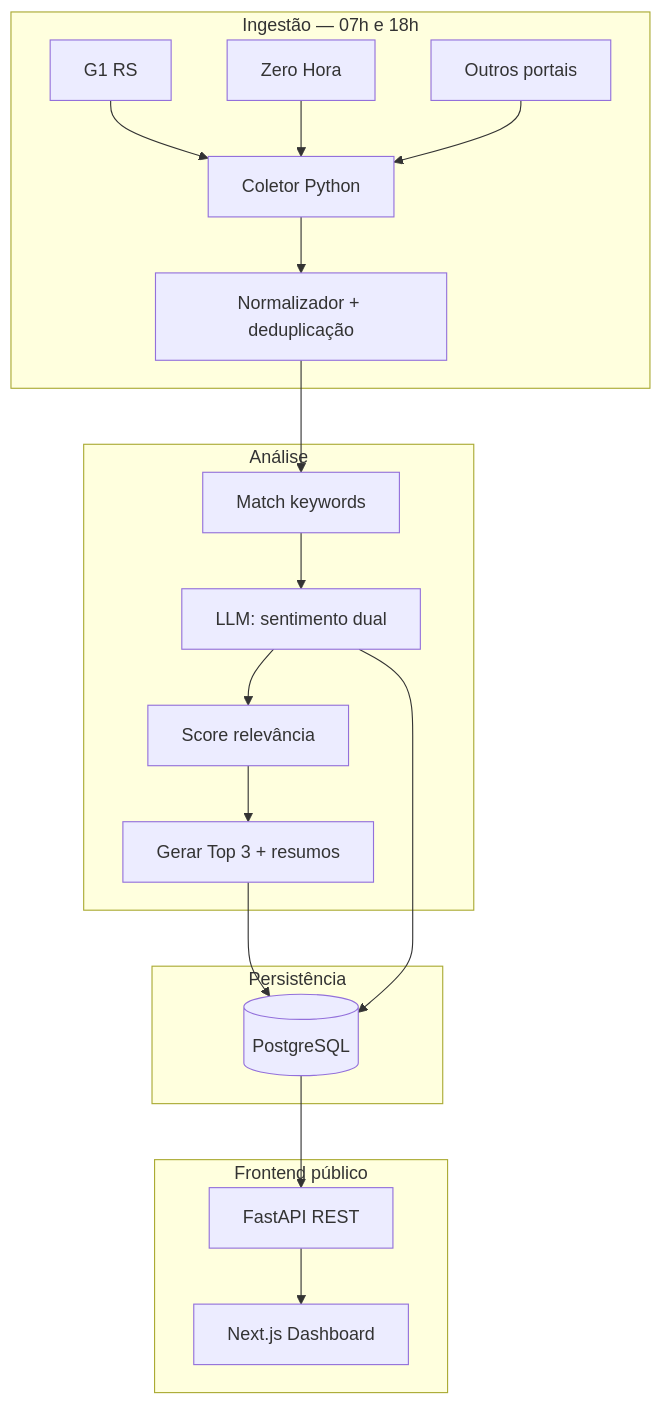
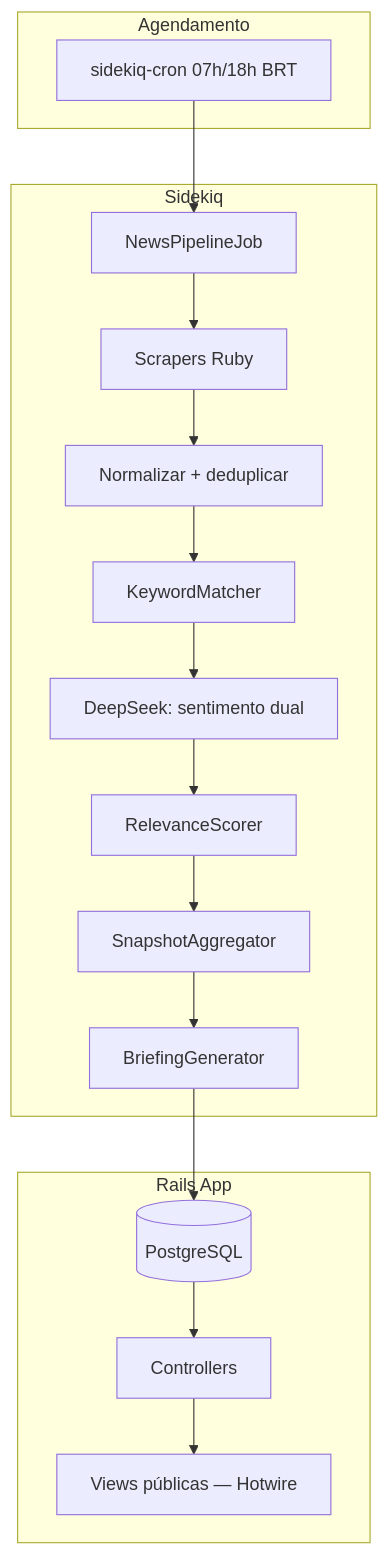
One commit to deaballe/analisehumornoticias changed the diagram in docs/superpowers/specs/2026-06-20-painel-humor-ecossistema-rs-design.md. Above: the diagram before and after it, drawn with Mermaid. The commit also changed other lines of this file and 1 other file, not shown here.

Commit message:
docs: rewrite spec and plan for Rails monolith + Sidekiq + DeepSeek

````diff
--- a/docs/superpowers/specs/2026-06-20-painel-humor-ecossistema-rs-design.md
+++ b/docs/superpowers/specs/2026-06-20-painel-humor-ecossistema-rs-design.md
@@ -54,24 +55,23 @@
 ```mermaid
 flowchart TB
-    subgraph ingest [Ingestão — 07h e 18h]
-        S1[G1 RS] & S2[Zero Hora] & S3[Outros portais] --> COL[Coletor Python]
-        COL --> NORM[Normalizador + deduplicação]
+    subgraph cron [Agendamento]
+        SC[sidekiq-cron 07h/18h BRT]
     end
 
-    subgraph nlp [Análise]
-        NORM --> MATCH[Match keywords]
-        MATCH --> SENT[LLM: sentimento dual]
-        SENT --> RANK[Score relevância]
-        RANK --> TOP3[Gerar Top 3 + resumos]
+    subgraph jobs [Sidekiq]
+        SC --> PJ[NewsPipelineJob]
+        PJ --> COL[Scrapers Ruby]
+        COL --> NORM[Normalizar + deduplicar]
+        NORM --> MATCH[KeywordMatcher]
+        MATCH --> SENT[DeepSeek: sentimento dual]
+        SENT --> RANK[RelevanceScorer]
+        RANK --> AGG[SnapshotAggregator]
+        AGG --> TOP3[BriefingGenerator]
     end
 
-    subgraph store [Persistência]
+    subgraph rails [Rails App]
         TOP3 --> DB[(PostgreSQL)]
-        SENT --> DB
-    end
-
-    subgraph ui [Frontend público]
-        DB --> API[FastAPI REST]
-        API --> WEB[Next.js Dashboard]
+        DB --> CTRL[Controllers]
+        CTRL --> WEB[Views públicas — Hotwire]
     end
 ```
````
